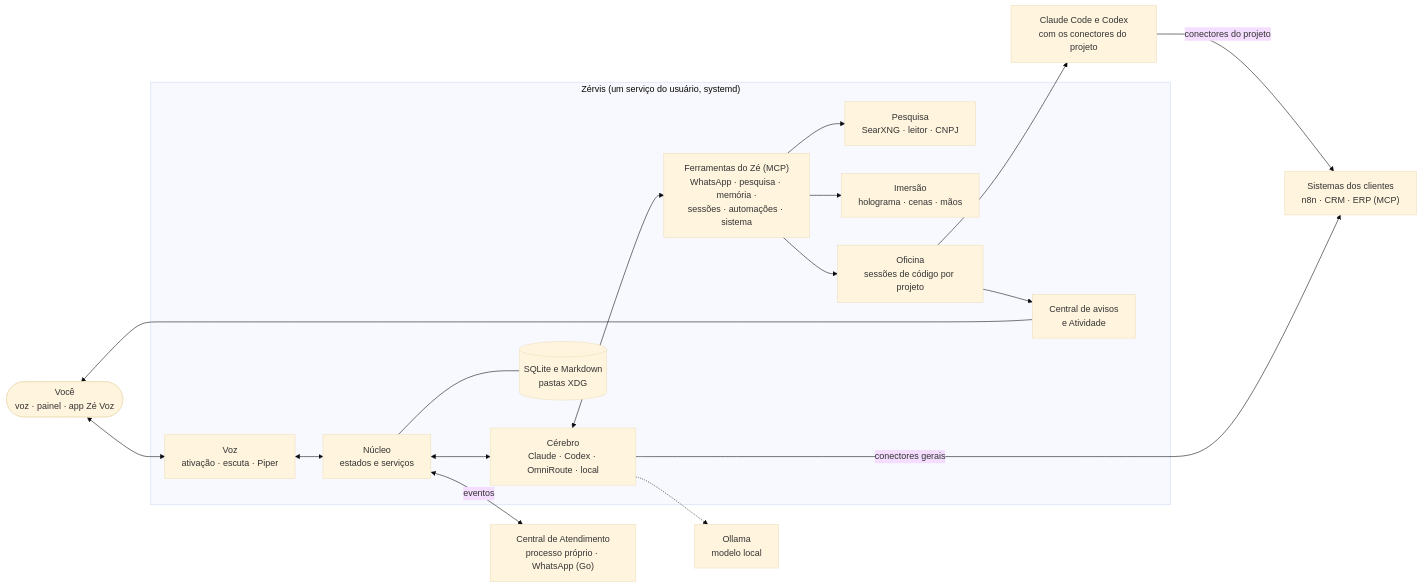
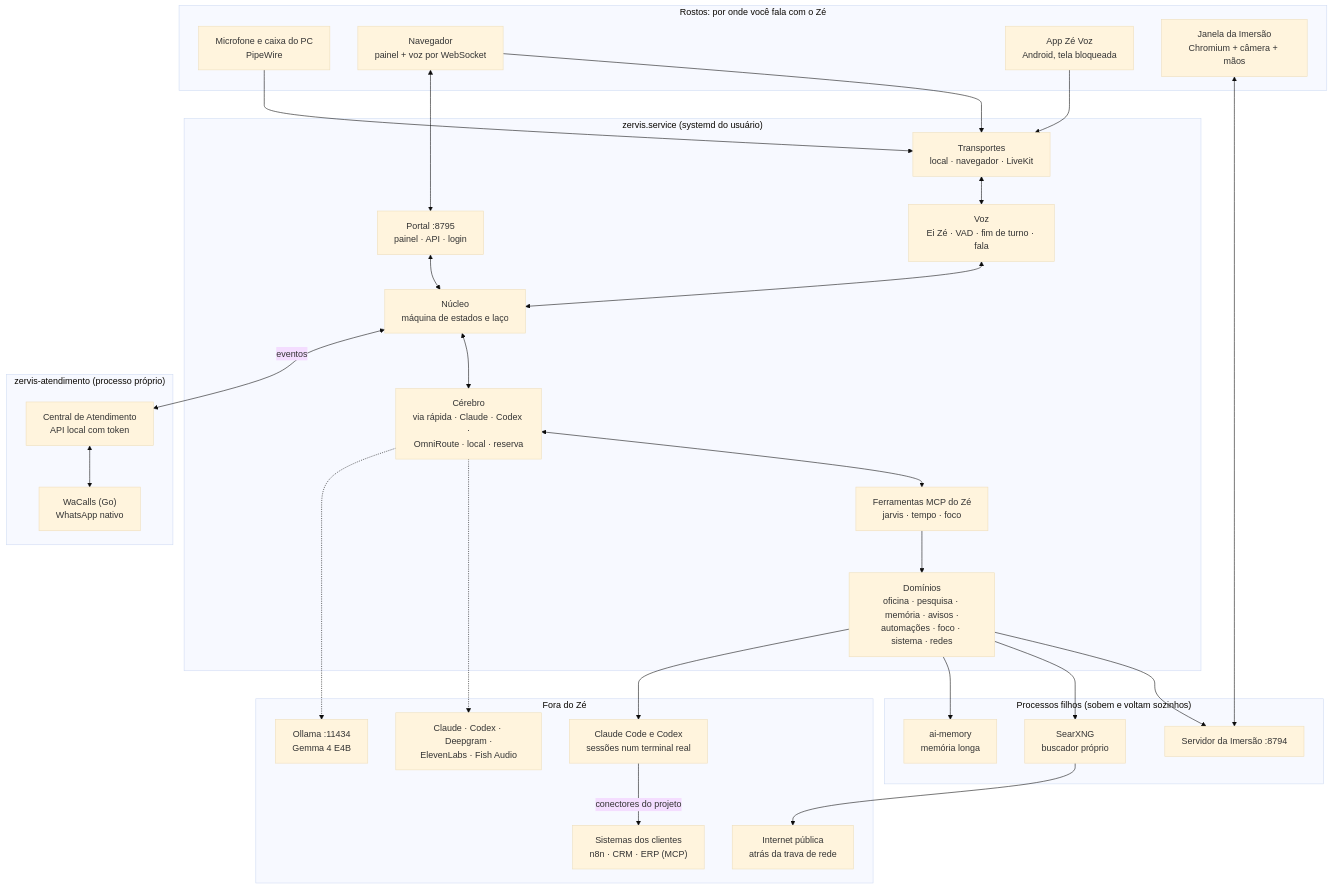
One commit to gestordescomplicaa-web/zervis changed the first of 3 diagrams in README.md. Above: the diagram before and after it, drawn with Mermaid (base theme). The commit also changed other lines of this file and 4 other files, not shown here.

First line of the commit message:
README: a logo do painel e a arquitetura real do Zé, em detalhe

````diff
--- a/README.md
+++ b/README.md
@@ -157,32 +177,53 @@
 ```mermaid
-flowchart LR
-    voce(["Você<br>voz · painel · app Zé Voz"])
-
-    subgraph ze["Zérvis (um serviço do usuário, systemd)"]
-        nucleo["Núcleo<br>estados e serviços"]
-        voz["Voz<br>ativação · escuta · Piper"]
-        cerebro["Cérebro<br>Claude · Codex · OmniRoute · local"]
-        mcpze["Ferramentas do Zé (MCP)<br>WhatsApp · pesquisa · memória ·<br>sessões · automações · sistema"]
-        pesquisa["Pesquisa<br>SearXNG · leitor · CNPJ"]
-        imersao["Imersão<br>holograma · cenas · mãos"]
-        oficina["Oficina<br>sessões de código por projeto"]
-        avisos["Central de avisos<br>e Atividade"]
-        dados[("SQLite e Markdown<br>pastas XDG")]
+flowchart TB
+    subgraph rostos["Rostos: por onde você fala com o Zé"]
+        mic["Microfone e caixa do PC<br>PipeWire"]
+        nav["Navegador<br>painel + voz por WebSocket"]
+        app["App Zé Voz<br>Android, tela bloqueada"]
+        holo["Janela da Imersão<br>Chromium + câmera + mãos"]
     end
 
-    central["Central de Atendimento<br>processo próprio · WhatsApp (Go)"]
-    ollama["Ollama<br>modelo local"]
-    agentes["Claude Code e Codex<br>com os conectores do projeto"]
-    externos["Sistemas dos clientes<br>n8n · CRM · ERP (MCP)"]
+    subgraph servico["zervis.service (systemd do usuário)"]
+        transp["Transportes<br>local · navegador · LiveKit"]
+        voz["Voz<br>Ei Zé · VAD · fim de turno · fala"]
+        nucleo["Núcleo<br>máquina de estados e laço"]
+        cerebro["Cérebro<br>via rápida · Claude · Codex ·<br>OmniRoute · local · reserva"]
+        mcp["Ferramentas MCP do Zé<br>jarvis · tempo · foco"]
+        portal["Portal :8795<br>painel · API · login"]
+        dominios["Domínios<br>oficina · pesquisa · memória · avisos ·<br>automações · foco · sistema · redes"]
+    end
 
-    voce <--> voz <--> nucleo
-    nucleo <--> cerebro <--> mcpze
+    subgraph filhos["Processos filhos (sobem e voltam sozinhos)"]
+        imersivo["Servidor da Imersão :8794"]
+        searx["SearXNG<br>buscador próprio"]
+        aimem["ai-memory<br>memória longa"]
+    end
+
+    subgraph atend["zervis-atendimento (processo próprio)"]
+        central["Central de Atendimento<br>API local com token"]
+        wa["WaCalls (Go)<br>WhatsApp nativo"]
+    end
+
+    subgraph fora["Fora do Zé"]
+        nuvem["Claude · Codex · Deepgram ·<br>ElevenLabs · Fish Audio"]
+        ollama["Ollama :11434<br>Gemma 4 E4B"]
+        agentes["Claude Code e Codex<br>sessões num terminal real"]
+        clientes["Sistemas dos clientes<br>n8n · CRM · ERP (MCP)"]
+        net["Internet pública<br>atrás da trava de rede"]
+    end
+
+    mic --> transp
+    nav --> transp
+    app --> transp
+    transp <--> voz <--> nucleo
+    nav <--> portal <--> nucleo
+    holo <--> imersivo
+    nucleo <--> cerebro <--> mcp --> dominios
+    cerebro -.-> nuvem
     cerebro -.-> ollama
-    mcpze --> pesquisa
-    mcpze --> imersao
-    mcpze --> oficina --> agentes -- conectores do projeto --> externos
-    cerebro -- conectores gerais --> externos
-    oficina --> avisos --> voce
-    nucleo <-->|eventos| central
-    nucleo --- dados
+    dominios --> imersivo
+    dominios --> searx --> net
+    dominios --> aimem
+    dominios --> agentes -- conectores do projeto --> clientes
+    nucleo <-->|eventos| central <--> wa
 ```
````
